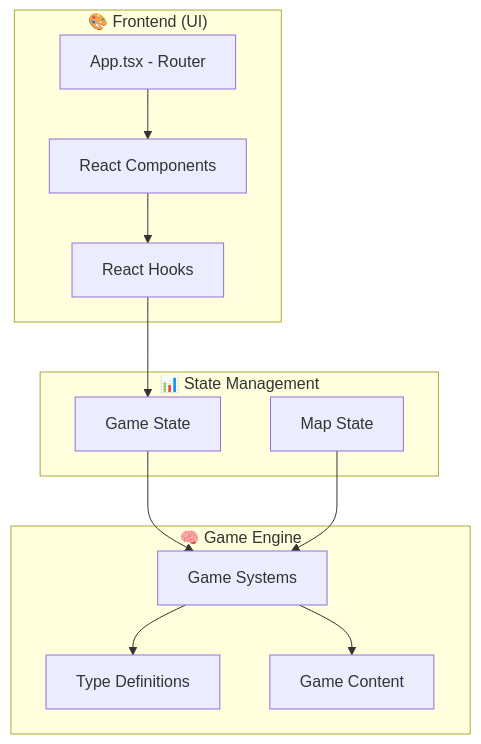
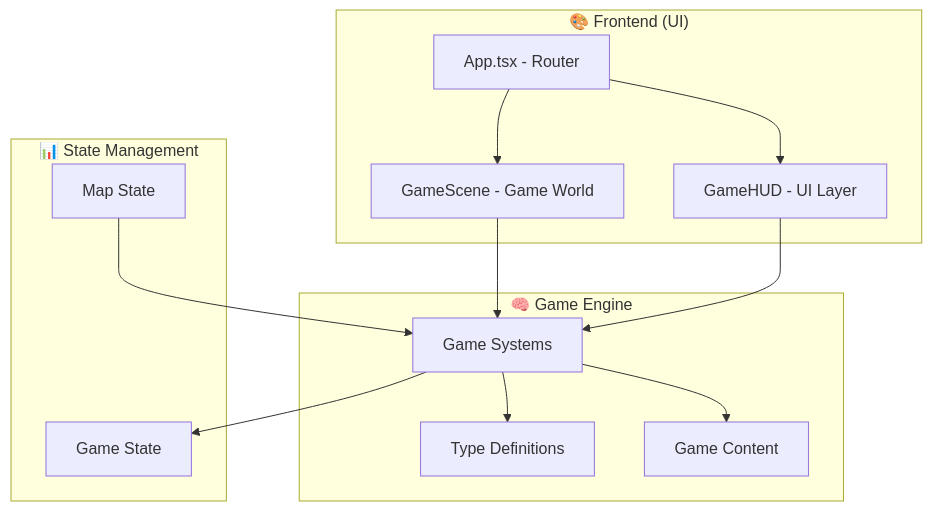
The first of 5 diagrams in docs/architecture/game-architecture.md (andreicstoica/blob-game), drawn with Mermaid before and after one commit. The commit also changed other lines of this file and 1 other file, not shown here.

Commit message:
Updated architecture document

````diff
--- a/docs/architecture/game-architecture.md
+++ b/docs/architecture/game-architecture.md
@@ -52,27 +84,28 @@
 ```mermaid
 graph TB
     subgraph "🎨 Frontend (UI)"
         App[App.tsx - Router]
-        Components[React Components]
-        Hooks[React Hooks]
+        GameScene[GameScene - Game World]
+        HUD[GameHUD - UI Layer]
     end
 
     subgraph "🧠 Game Engine"
         Types[Type Definitions]
         Systems[Game Systems]
         Content[Game Content]
     end
 
     subgraph "📊 State Management"
         GameState[Game State]
         MapState[Map State]
     end
 
-    App --> Components
-    Components --> Hooks
-    Hooks --> GameState
-    GameState --> Systems
+    App --> GameScene
+    App --> HUD
+    GameScene --> Systems
+    HUD --> Systems
+    Systems --> GameState
     Systems --> Content
     Systems --> Types
     MapState --> Systems
 ```
````
